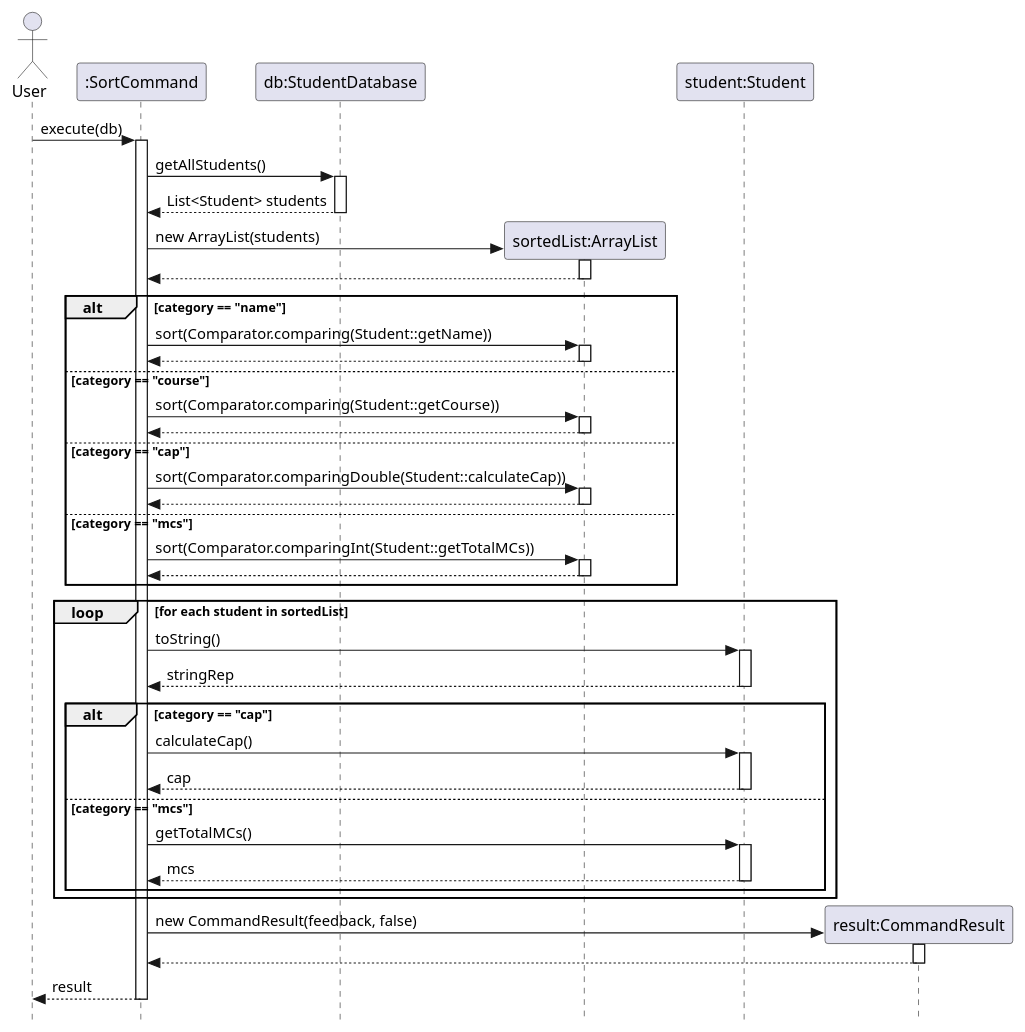
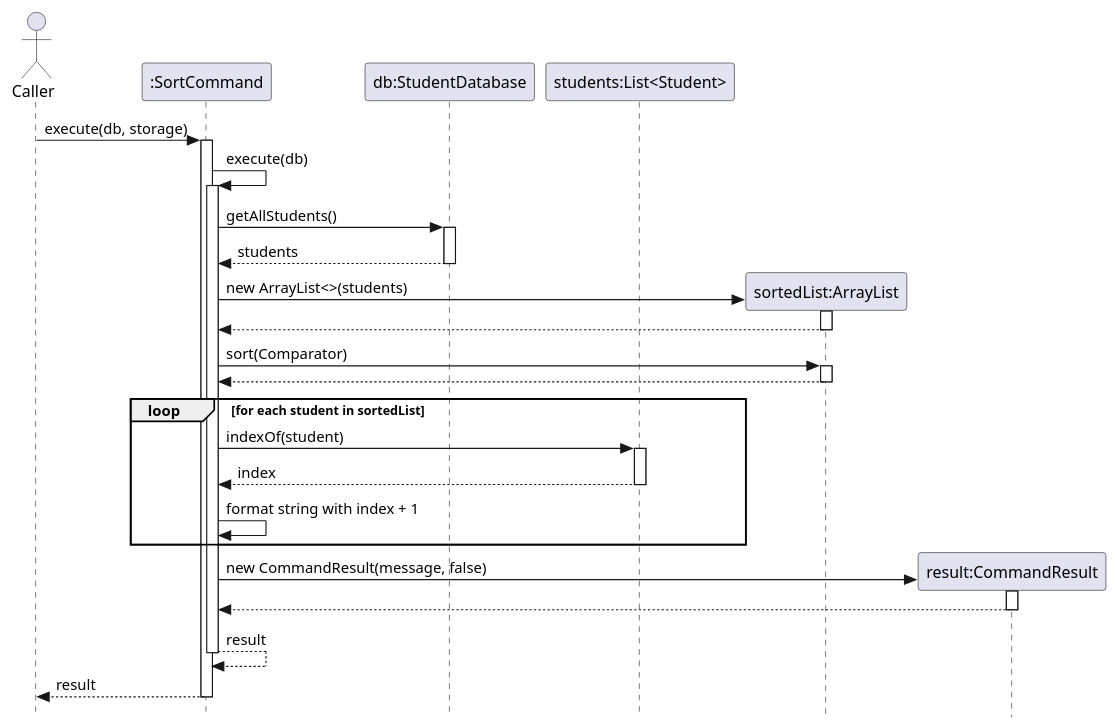
One commit to AY2526S2-CS2113-T11-4/tp changed the diagram in docs/diagrams/SortCommandSD.puml. Above: the diagram before and after it, drawn with PlantUML. The commit also changed 16 other files, not shown here.

```diff
--- a/docs/diagrams/SortCommandSD.puml
+++ b/docs/diagrams/SortCommandSD.puml
@@ -1,75 +1,51 @@
 @startuml
 
 skinparam style strictuml
 
+actor Caller
+participant ":SortCommand" as sort
+participant "db:StudentDatabase" as db
+participant "students:List<Student>" as list
+participant "sortedList:ArrayList" as sorted
+participant "result:CommandResult" as res
 
-actor User
-participant ":SortCommand" as SC
-participant "db:StudentDatabase" as DB
-participant "sortedList:ArrayList" as AL
-participant "student:Student" as S
+Caller -> sort : execute(db, storage)
+activate sort
 
-User -> SC : execute(db)
-activate SC
+sort -> sort : execute(db)
+activate sort
 
-SC -> DB : getAllStudents()
-activate DB
-DB --> SC : List<Student> students
-deactivate DB
+sort -> db : getAllStudents()
+activate db
+db --> sort : students
+deactivate db
 
-create AL
-SC -> AL : new ArrayList(students)
-activate AL
-AL --> SC
-deactivate AL
+sort -> sorted ** : new ArrayList<>(students)
+activate sorted
+sorted --> sort
+deactivate sorted
 
-alt category == "name"
-    SC -> AL : sort(Comparator.comparing(Student::getName))
-    activate AL
-    AL --> SC
-    deactivate AL
-else category == "course"
-    SC -> AL : sort(Comparator.comparing(Student::getCourse))
-    activate AL
-    AL --> SC
-    deactivate AL
-else category == "cap"
-    SC -> AL : sort(Comparator.comparingDouble(Student::calculateCap))
-    activate AL
-    AL --> SC
-    deactivate AL
-else category == "mcs"
-    SC -> AL : sort(Comparator.comparingInt(Student::getTotalMCs))
-    activate AL
-    AL --> SC
-    deactivate AL
+sort -> sorted : sort(Comparator)
+activate sorted
+sorted --> sort
+deactivate sorted
+
+loop for each student in sortedList
+    sort -> list : indexOf(student)
+    activate list
+    list --> sort : index
+    deactivate list
+    sort -> sort : format string with index + 1
 end
 
-loop for each student in sortedList
-    SC -> S : toString()
-    activate S
-    S --> SC : stringRep
-    deactivate S
+sort -> res ** : new CommandResult(message, false)
+activate res
+res --> sort
+deactivate res
 
-    alt category == "cap"
-        SC -> S : calculateCap()
-        activate S
-        S --> SC : cap
-        deactivate S
-    else category == "mcs"
-        SC -> S : getTotalMCs()
-        activate S
-        S --> SC : mcs
-        deactivate S
-    end
-end
+sort --> sort : result
+deactivate sort
 
-create participant "result:CommandResult" as CR
-SC -> CR : new CommandResult(feedback, false)
-activate CR
-CR --> SC
-deactivate CR
-
-SC --> User : result
-deactivate SC
+sort --> Caller : result
+deactivate sort
 @enduml
```
